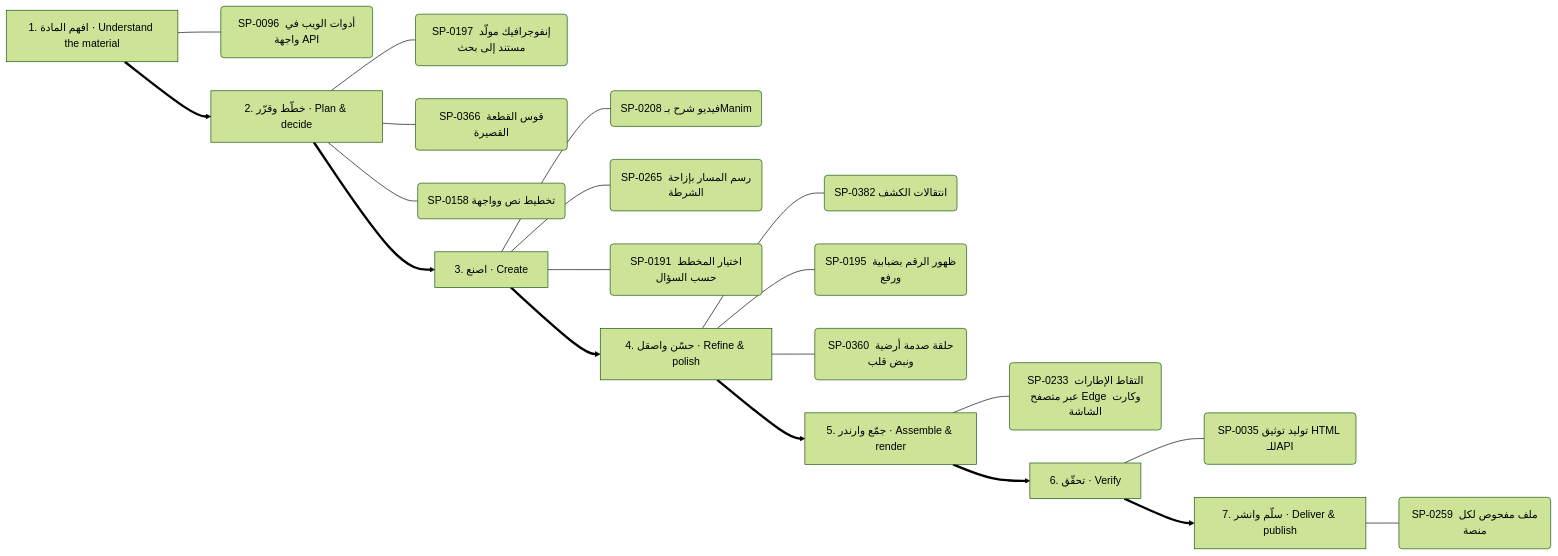
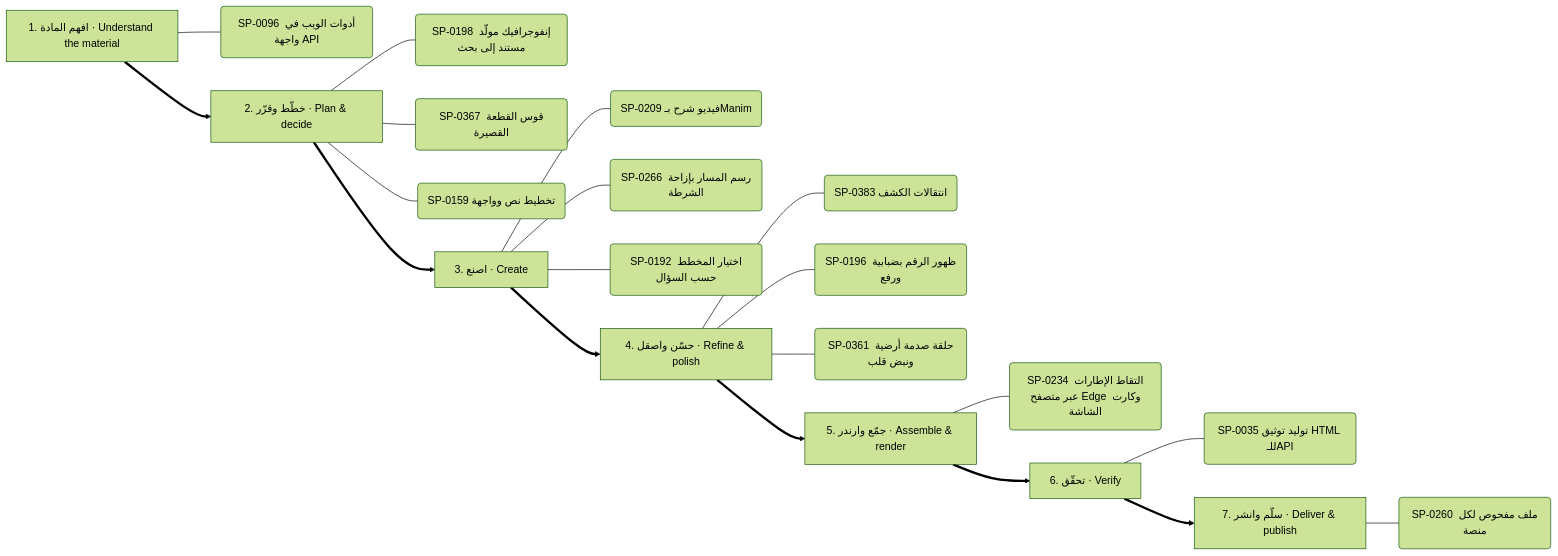
The fifth of 13 diagrams in .claude/skills/kosif-superpowers/references/capability-mindmap.md (kosif199022-jpg/kosif-tool), drawn with Mermaid (forest theme) before and after one commit. The commit also changed other lines of this file and 36 other files, not shown here.

````diff
--- a/.claude/skills/kosif-superpowers/references/capability-mindmap.md
+++ b/.claude/skills/kosif-superpowers/references/capability-mindmap.md
@@ -269,29 +271,29 @@
 ```mermaid
 flowchart LR
   S0["1. افهم المادة · Understand the material"]
   S0 --- S0_0("SP-0096 أدوات الويب في واجهة API")
   S1["2. خطّط وقرّر · Plan & decide"]
-  S1 --- S1_0("SP-0197 إنفوجرافيك مولَّد مستند إلى بحث")
-  S1 --- S1_1("SP-0366 قوس القطعة القصيرة")
-  S1 --- S1_2("SP-0158 تخطيط نص وواجهة")
+  S1 --- S1_0("SP-0198 إنفوجرافيك مولَّد مستند إلى بحث")
+  S1 --- S1_1("SP-0367 قوس القطعة القصيرة")
+  S1 --- S1_2("SP-0159 تخطيط نص وواجهة")
   S0 ==> S1
   S2["3. اصنع · Create"]
-  S2 --- S2_0("SP-0208 فيديو شرح بـManim")
-  S2 --- S2_1("SP-0265 رسم المسار بإزاحة الشرطة")
-  S2 --- S2_2("SP-0191 اختيار المخطط حسب السؤال")
+  S2 --- S2_0("SP-0209 فيديو شرح بـManim")
+  S2 --- S2_1("SP-0266 رسم المسار بإزاحة الشرطة")
+  S2 --- S2_2("SP-0192 اختيار المخطط حسب السؤال")
   S1 ==> S2
   S3["4. حسّن واصقل · Refine & polish"]
-  S3 --- S3_0("SP-0382 انتقالات الكشف")
-  S3 --- S3_1("SP-0195 ظهور الرقم بضبابية ورفع")
-  S3 --- S3_2("SP-0360 حلقة صدمة أرضية ونبض قلب")
+  S3 --- S3_0("SP-0383 انتقالات الكشف")
+  S3 --- S3_1("SP-0196 ظهور الرقم بضبابية ورفع")
+  S3 --- S3_2("SP-0361 حلقة صدمة أرضية ونبض قلب")
   S2 ==> S3
   S4["5. جمّع وارندر · Assemble & render"]
-  S4 --- S4_0("SP-0233 التقاط الإطارات عبر متصفح Edge وكارت الشاشة")
+  S4 --- S4_0("SP-0234 التقاط الإطارات عبر متصفح Edge وكارت الشاشة")
   S3 ==> S4
   S5["6. تحقّق · Verify"]
   S5 --- S5_0("SP-0035 توليد توثيق HTML للـAPI")
   S4 ==> S5
   S6["7. سلّم وانشر · Deliver & publish"]
-  S6 --- S6_0("SP-0259 ملف مفحوص لكل منصة")
+  S6 --- S6_0("SP-0260 ملف مفحوص لكل منصة")
   S5 ==> S6
 ```
````
